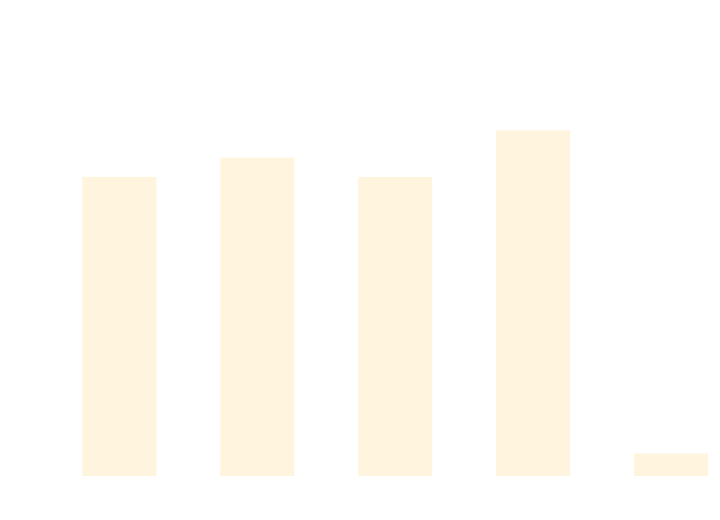
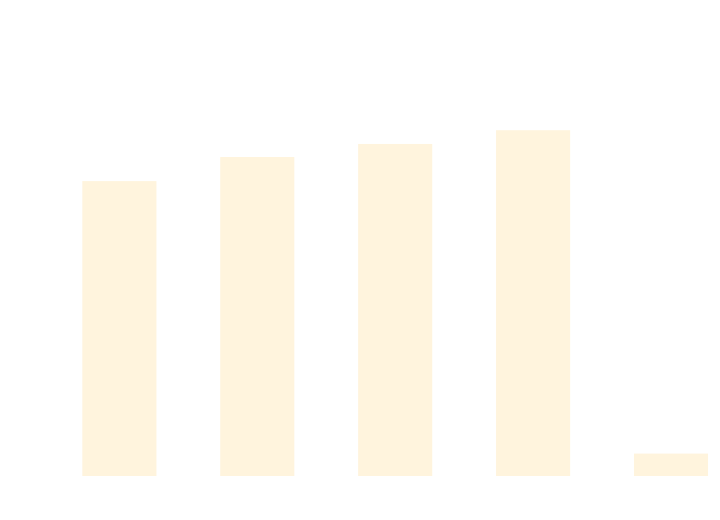
The diagram in docs/docs/benchmarks/DataDrivenTests.md (thomhurst/TUnit), drawn with Mermaid before and after one commit. The commit also changed other lines of this file and 17 other files, not shown here.

````diff
--- a/docs/docs/benchmarks/DataDrivenTests.md
+++ b/docs/docs/benchmarks/DataDrivenTests.md
@@ -27,37 +27,37 @@
 ```mermaid
 %%{init: {
   'theme':'base',
   'themeVariables': {
     'primaryColor': '#2563eb',
     'primaryTextColor': '#ffffff',
     'primaryBorderColor': '#1e40af',
     'lineColor': '#6b7280',
     'secondaryColor': '#7c3aed',
     'tertiaryColor': '#dc2626',
     'background': '#ffffff',
     'mainBkg': '#2563eb',
     'secondBkg': '#7c3aed',
     'tertiaryBkg': '#dc2626',
     'clusterBkg': '#f3f4f6',
     'edgeLabelBackground': '#ffffff',
     'tertiaryTextColor': '#1f2937',
     'pie1': '#2563eb',
     'pie2': '#7c3aed',
     'pie3': '#dc2626',
     'pie4': '#f59e0b',
     'pie5': '#10b981',
     'pie6': '#06b6d4',
     'pie7': '#ec4899',
     'pie8': '#6366f1',
     'pie9': '#84cc16',
     'pie10': '#f97316',
     'pie11': '#14b8a6',
     'pie12': '#a855f7'
   }
 }}%%
 xychart-beta
   title "DataDrivenTests Performance Comparison"
   x-axis ["TUnit", "NUnit", "MSTest", "xUnit3", "TUnit_AOT"]
-  y-axis "Time (ms)" 0 --> 688
-  bar [493.89, 526.36, 493.66, 572.74, 23.74]
+  y-axis "Time (ms)" 0 --> 711
+  bar [502.79, 545.05, 567.99, 592.12, 24.43]
 ```
````
